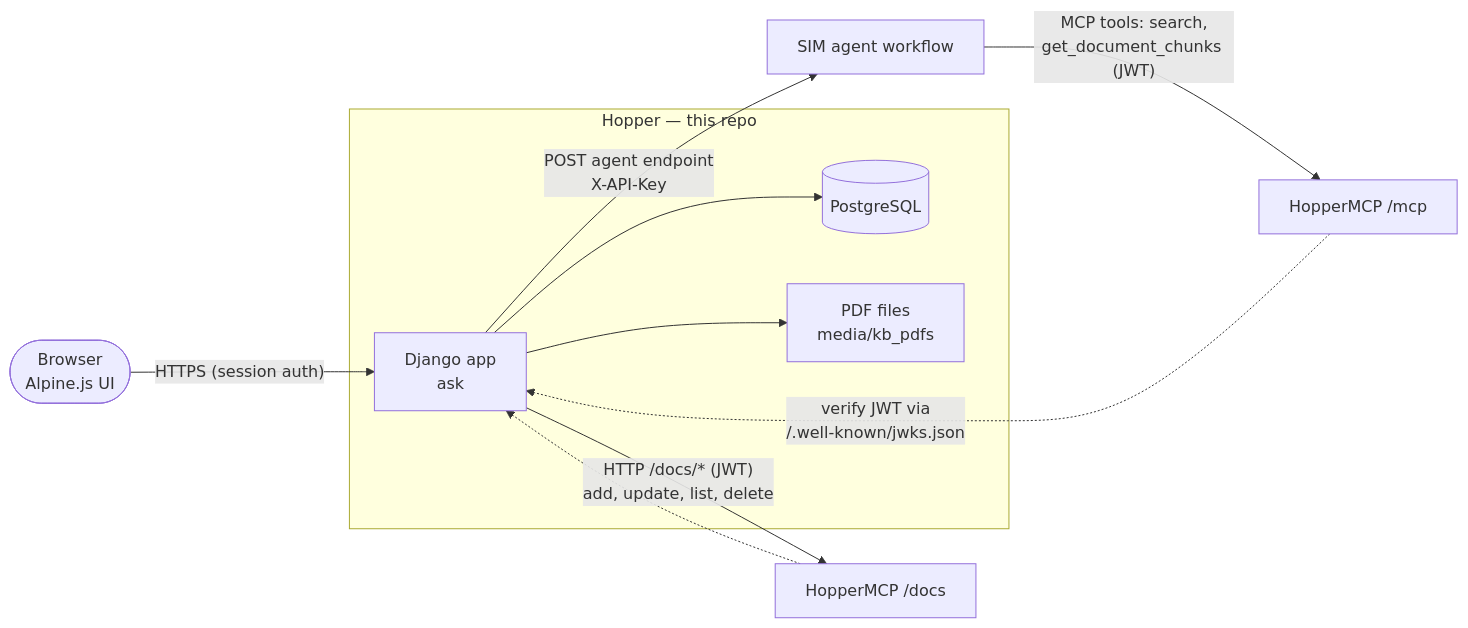
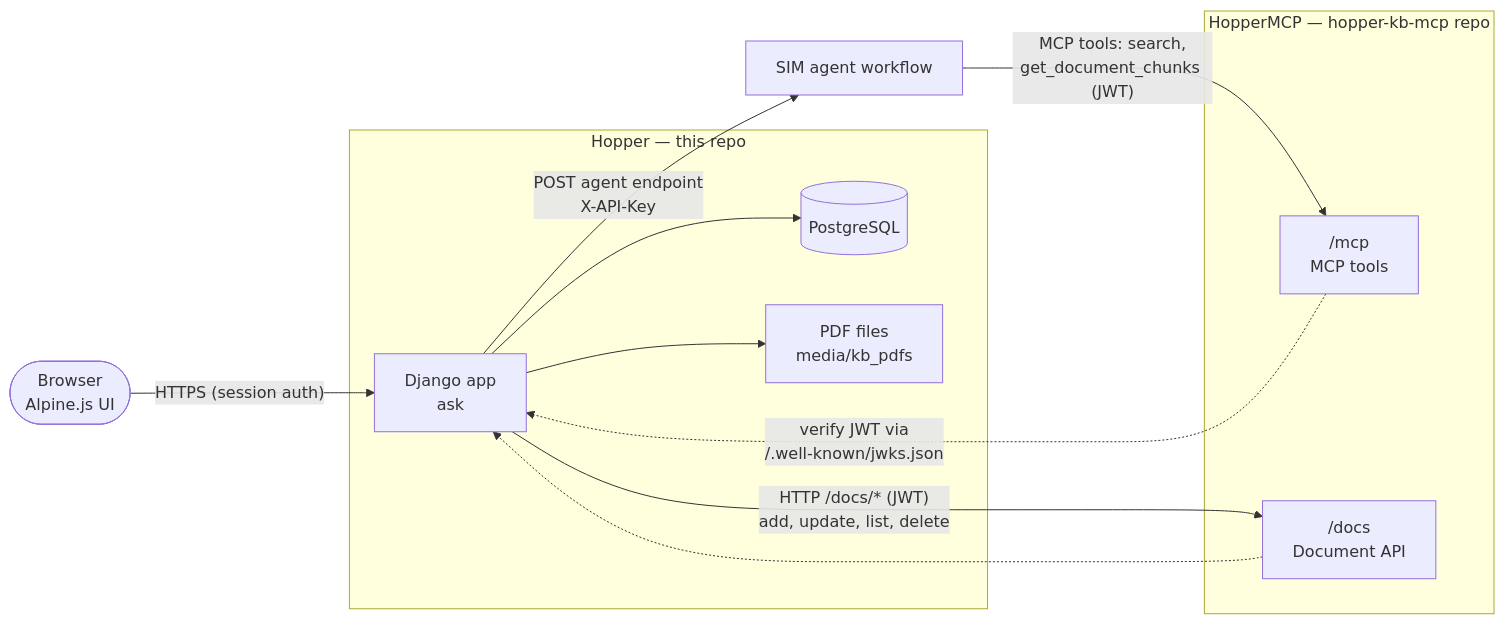
One commit to diging/hopper changed the first of 4 diagrams in DOCUMENTATION.md. Above: the diagram before and after it, drawn with Mermaid. The commit also changed other lines of this file, not shown here.

Commit message:
[HOP-78] boxed MCP endpoints in diagram, fixed root path code span, added mock server section

````diff
--- a/DOCUMENTATION.md
+++ b/DOCUMENTATION.md
@@ -24,16 +25,20 @@
 ```mermaid
 flowchart LR
     browser([Browser<br/>Alpine.js UI]) -- "HTTPS (session auth)" --> hopper
     subgraph HopperApp [Hopper — this repo]
         hopper[Django app<br/>ask]
         pg[(PostgreSQL)]
         media["PDF files<br/>media/kb_pdfs"]
         hopper --> pg
         hopper --> media
     end
     hopper -- "POST agent endpoint<br/>X-API-Key" --> sim[SIM agent workflow]
-    sim -- "MCP tools: search,<br/>get_document_chunks (JWT)" --> mcp[HopperMCP /mcp]
-    hopper -- "HTTP /docs/* (JWT)<br/>add, update, list, delete" --> docs[HopperMCP /docs]
+    subgraph HopperMCP [HopperMCP — hopper-kb-mcp repo]
+        mcp["/mcp<br/>MCP tools"]
+        docs["/docs<br/>Document API"]
+    end
+    sim -- "MCP tools: search,<br/>get_document_chunks (JWT)" --> mcp
+    hopper -- "HTTP /docs/* (JWT)<br/>add, update, list, delete" --> docs
     mcp -. "verify JWT via<br/>/.well-known/jwks.json" .-> hopper
     docs -.-> hopper
 ```
````
